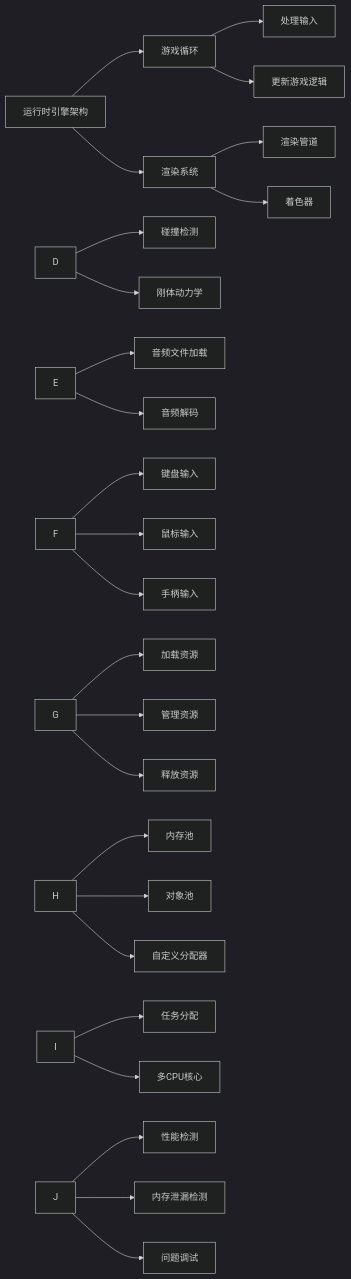
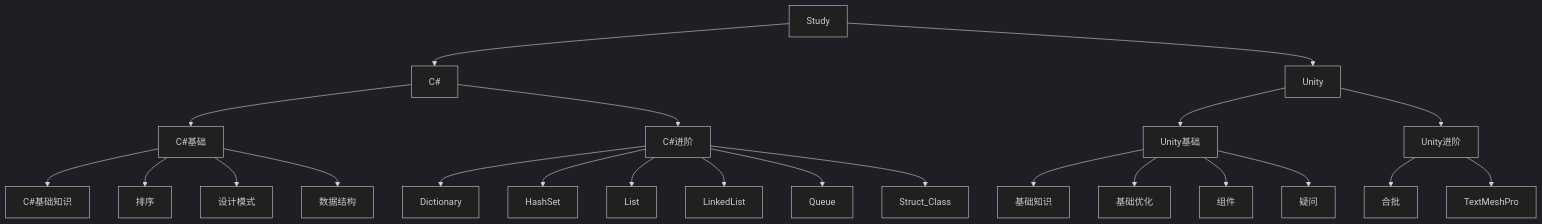
One commit to lsxk0830/Study changed the diagram in README.md. Above: the diagram before and after it, drawn with Mermaid (dark theme). The commit also changed other lines of this file and 7 other files, not shown here.

````diff
--- a/README.md
+++ b/README.md
@@ -23,37 +25,32 @@
 ```mermaid
-graph LR
-       A[运行时引擎架构] 
-       A --> B[游戏循环]
-       A --> C[渲染系统]
-   
-       B --> B1[处理输入]
-       B --> B2[更新游戏逻辑]
-   
-       C --> C1[渲染管道]
-       C --> C2[着色器]
-   
-       D --> D1[碰撞检测]
-       D --> D2[刚体动力学]
-   
-       E --> E1[音频文件加载]
-       E --> E2[音频解码]
-   
-       F --> F1[键盘输入]
-       F --> F2[鼠标输入]
-       F --> F3[手柄输入]
-   
-       G --> G1[加载资源]
-       G --> G2[管理资源]
-       G --> G3[释放资源]
-   
-       H --> H1[内存池]
-       H --> H2[对象池]
-       H --> H3[自定义分配器]
-   
-       I --> I1[任务分配]
-       I --> I2[多CPU核心]
-   
-       J --> J1[性能检测]
-       J --> J2[内存泄漏检测]
-       J --> J3[问题调试]
+graph TD
+       A[Study] 
+       A --> B[C#]
+       A --> C[Unity]
+       
+       B --> B1[C#基础]
+       B --> B2[C#进阶]
+       
+       C --> C1[Unity基础]
+       C --> C2[Unity进阶]
+       
+       B1 --> B11[C#基础知识]
+       B1 --> B12[排序]
+       B1 --> B13[设计模式]
+       B1 --> B14[数据结构]
+       
+       B2 --> B21[Dictionary]
+       B2 --> B22[HashSet]
+       B2 --> B23[List]
+       B2 --> B24[LinkedList]
+       B2 --> B25[Queue]
+       B2 --> B26[Struct_Class]
+       
+       C1 --> C11[基础知识]
+       C1 --> C12[基础优化]
+       C1 --> C13[组件]
+       C1 --> C14[疑问]
+       
+       C2 --> C21[合批]
+       C2 --> C22[TextMeshPro]
 ```
````
